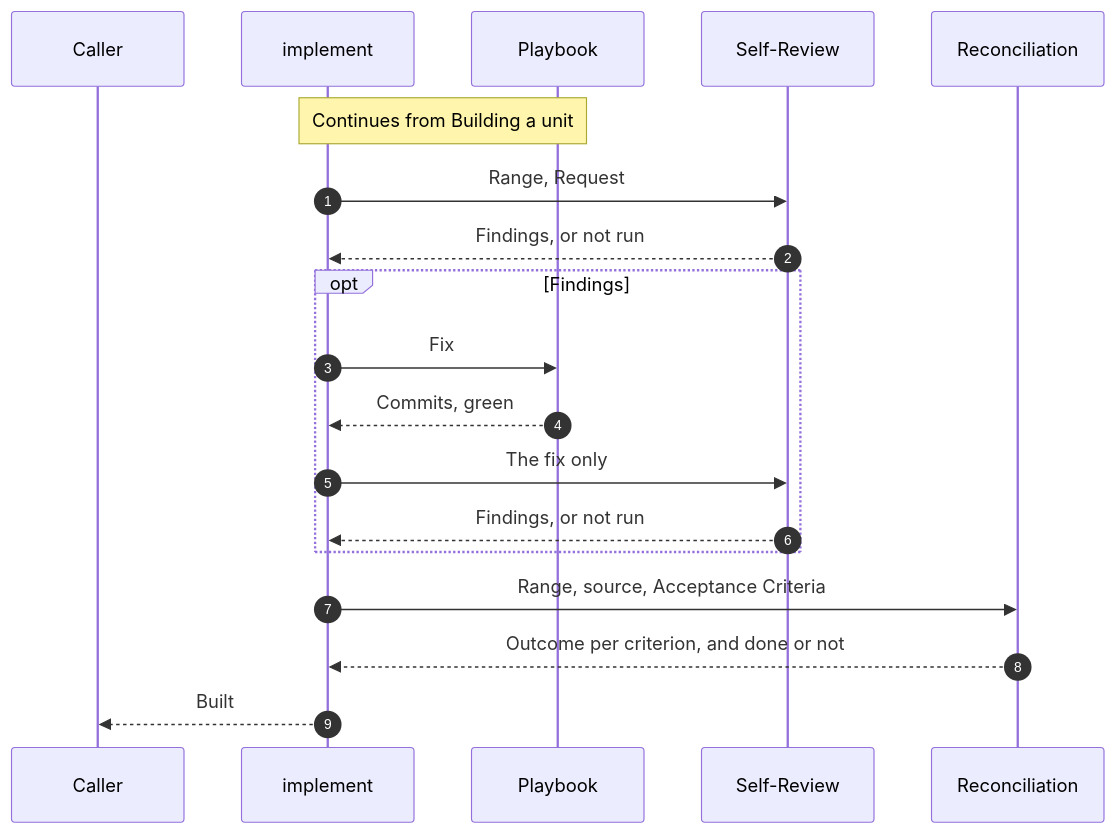
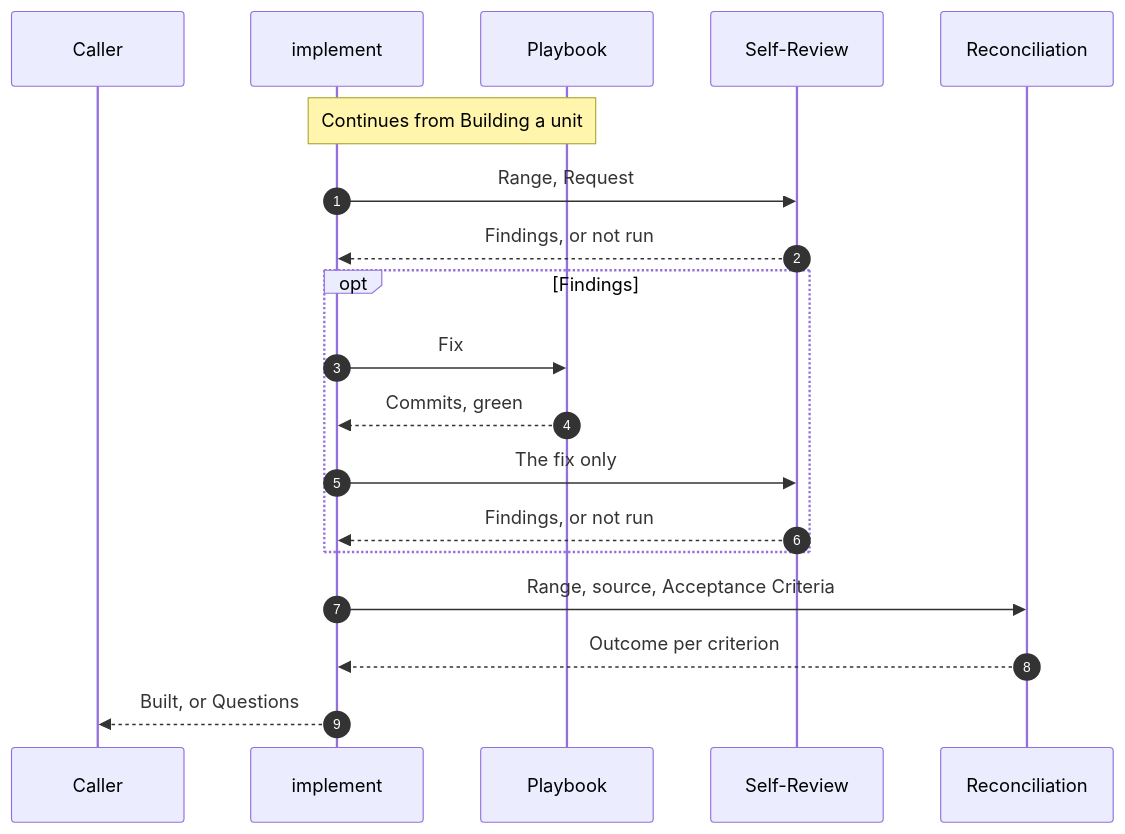
One commit to maro114510/skills changed the third of 3 diagrams in docs/design/implement.md. Above: the diagram before and after it, drawn with Mermaid. The commit also changed other lines of this file, not shown here.

````diff
--- a/docs/design/implement.md
+++ b/docs/design/implement.md
@@ -102,21 +101,21 @@
 ```mermaid
 sequenceDiagram
     autonumber
     participant K as Caller
     participant I as implement
     participant PB as Playbook
     participant SR as Self-Review
     participant RC as Reconciliation
     Note over I,PB: Continues from Building a unit
     I->>SR: Range, Request
     SR-->>I: Findings, or not run
     opt Findings
         I->>PB: Fix
         PB-->>I: Commits, green
         I->>SR: The fix only
         SR-->>I: Findings, or not run
     end
     I->>RC: Range, source, Acceptance Criteria
-    RC-->>I: Outcome per criterion, and done or not
-    I-->>K: Built
+    RC-->>I: Outcome per criterion
+    I-->>K: Built, or Questions
 ```
````
